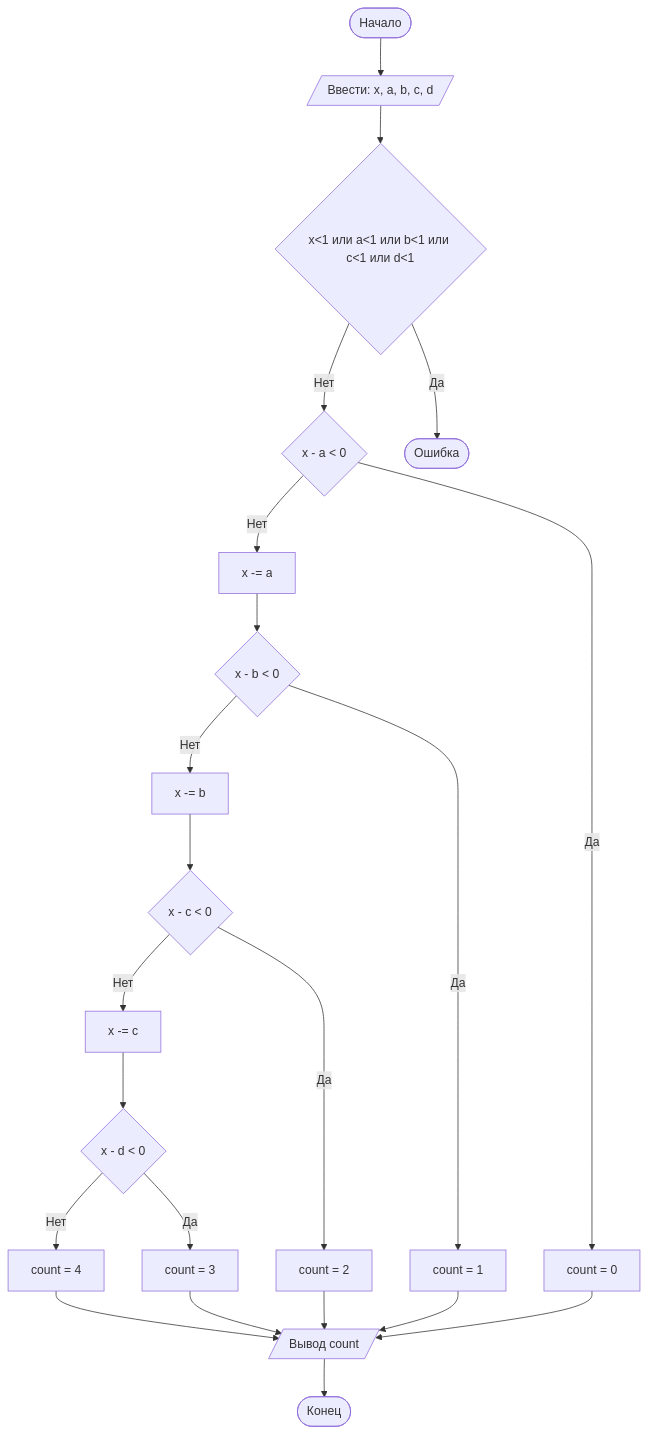
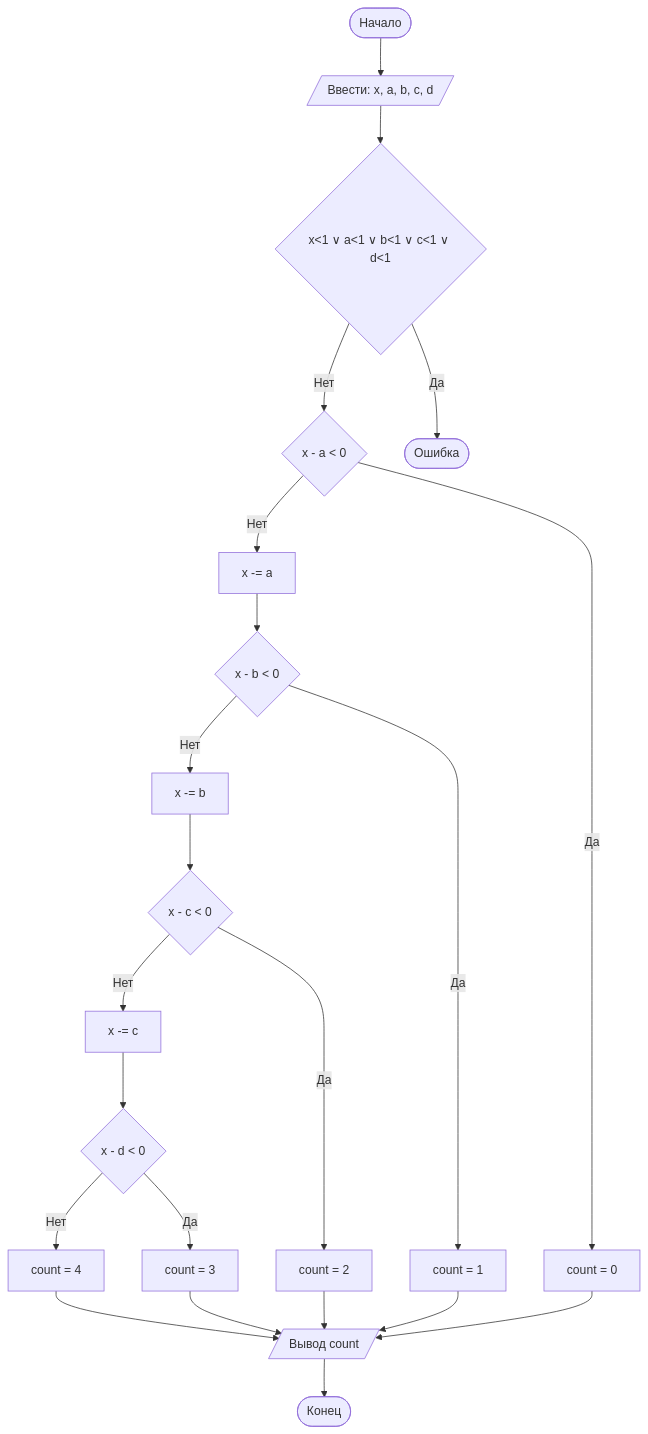
One commit to Leonidas6310/Lab1 changed the diagram in README.md. Above: the diagram before and after it, drawn with Mermaid. The commit also changed other lines of this file, not shown here.

````diff
--- a/README.md
+++ b/README.md
@@ -107,24 +106,24 @@
 ```mermaid
 flowchart TD
     A([Начало]) --> B[/Ввести: x, a, b, c, d/]
-    B --> C{x<1 или a<1 или b<1 или c<1 или d<1}
+    B --> C{x<1 ∨ a<1 ∨ b<1 ∨ c<1 ∨ d<1}
     C -- Нет --> D{x - a < 0}
     C -- Да --> E([Ошибка])
     D -- Нет --> F[x -= a]
     D -- Да --> G[count = 0]
     F --> H{x - b < 0}
     H -- Нет --> I[x -= b]
     H -- Да --> J[count = 1]
     I --> K{x - c < 0}
     K -- Нет --> L[x -= c]
     K -- Да --> M[count = 2]
     L --> N{x - d < 0}
     N -- Нет --> O[count = 4]
     N -- Да --> P[count = 3]
     G --> Q[/Вывод count/]
     M --> Q
     J --> Q
     O --> Q
     P --> Q
     Q --> R([Конец])
 ```
````
